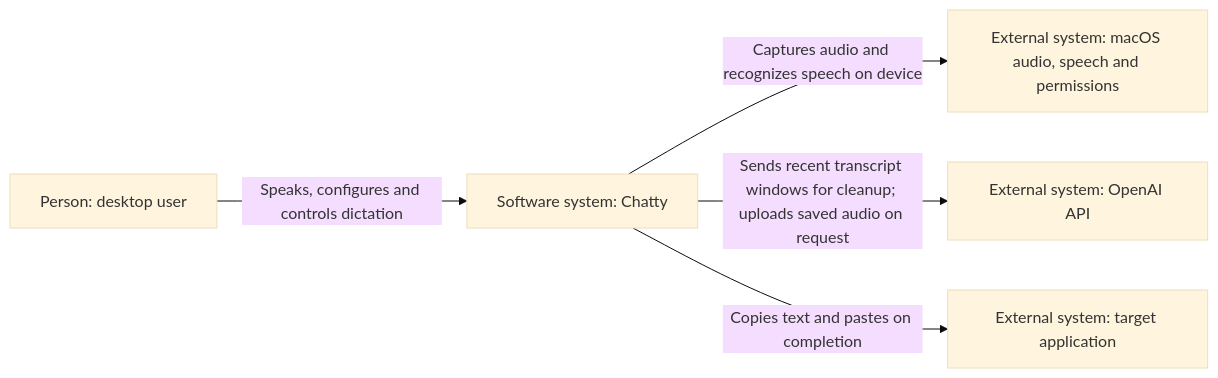
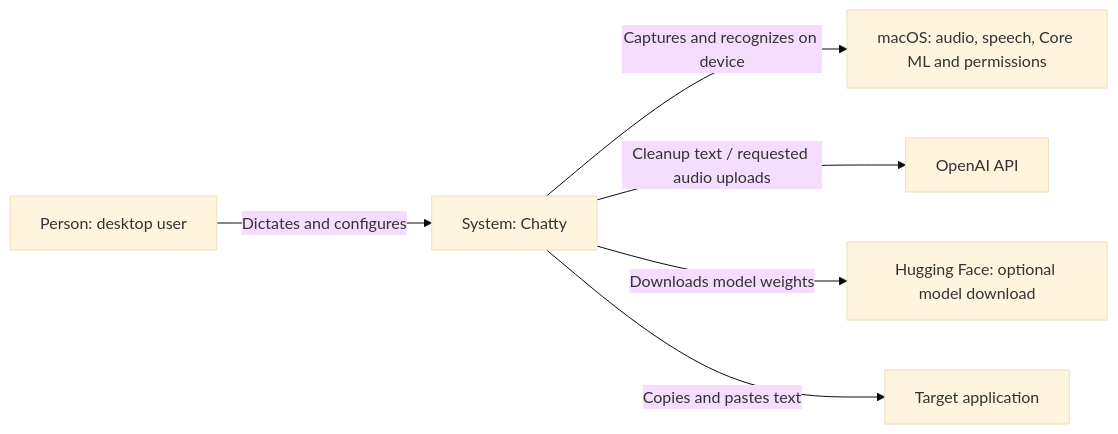
Before and after one commit to codethread/Chatty.app: the first of 3 diagrams in docs/architecture.md, drawn with Mermaid (base theme). The commit also changed other lines of this file and 5 other files, not shown here.

````diff
--- a/docs/architecture.md
+++ b/docs/architecture.md
@@ -11,12 +9,14 @@
 ```mermaid
 flowchart LR
   person["Person: desktop user"]
-  chatty["Software system: Chatty"]
-  macos["External system: macOS audio, speech and permissions"]
-  openai["External system: OpenAI API"]
-  target["External system: target application"]
-  person -- "Speaks, configures and controls dictation" --> chatty
-  chatty -- "Captures audio and recognizes speech on device" --> macos
-  chatty -- "Sends recent transcript windows for cleanup; uploads saved audio on request" --> openai
-  chatty -- "Copies text and pastes on completion" --> target
+  chatty["System: Chatty"]
+  macos["macOS: audio, speech, Core ML and permissions"]
+  openai["OpenAI API"]
+  models["Hugging Face: optional model download"]
+  target["Target application"]
+  person -- "Dictates and configures" --> chatty
+  chatty -- "Captures and recognizes on device" --> macos
+  chatty -- "Cleanup text / requested audio uploads" --> openai
+  chatty -- "Downloads model weights" --> models
+  chatty -- "Copies and pastes text" --> target
 ```
````
